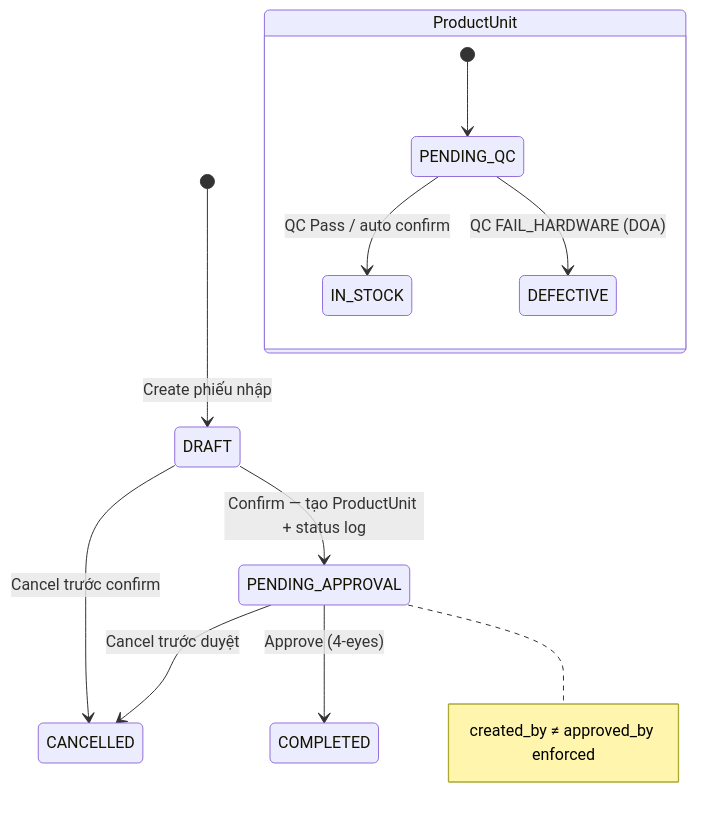
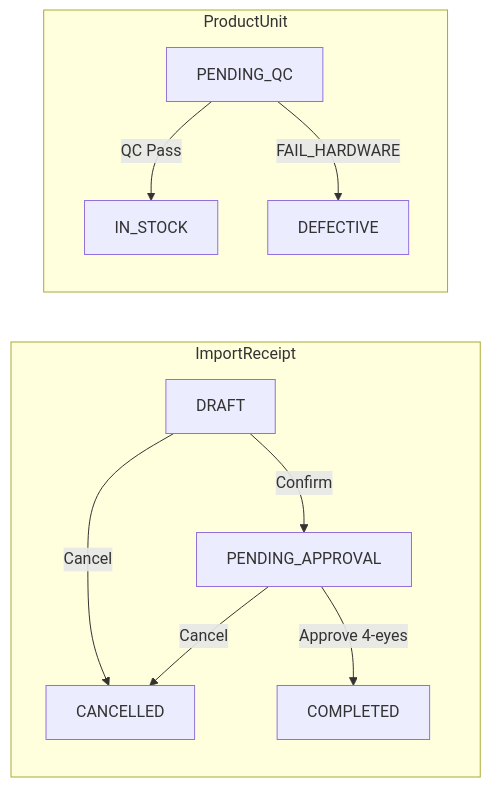
Before and after one commit to Java-Inventory-Management-System/Projects: the first of 2 diagrams in docs/flows/be/01-import-flow.md, drawn with Mermaid. The commit also changed 7 other files, not shown here.

Commit message:
docs: convert BE state machines from stateDiagram-v2 to flowchart LR for clean layout

````diff
--- a/docs/flows/be/01-import-flow.md
+++ b/docs/flows/be/01-import-flow.md
@@ -43,17 +43,14 @@
 ```mermaid
-stateDiagram-v2
-    [*] --> DRAFT : Create phiếu nhập
+flowchart LR
+    subgraph "ImportReceipt"
+        DRAFT -->|Confirm| PENDING_APPROVAL
+        DRAFT -->|Cancel| CANCELLED
+        PENDING_APPROVAL -->|Approve 4-eyes| COMPLETED
+        PENDING_APPROVAL -->|Cancel| CANCELLED
+    end
 
-    DRAFT --> PENDING_APPROVAL : Confirm — tạo ProductUnit + status log
-    DRAFT --> CANCELLED : Cancel trước confirm
-    PENDING_APPROVAL --> COMPLETED : Approve (4-eyes)
-    PENDING_APPROVAL --> CANCELLED : Cancel trước duyệt
-
-    note right of PENDING_APPROVAL : created_by ≠ approved_by enforced
-
-    state "ProductUnit" as PU {
-        [*] --> PENDING_QC
-        PENDING_QC --> IN_STOCK : QC Pass / auto confirm
-        PENDING_QC --> DEFECTIVE : QC FAIL_HARDWARE (DOA)
-    }
+    subgraph "ProductUnit"
+        PQC[PENDING_QC] -->|QC Pass| IN_STOCK
+        PQC -->|FAIL_HARDWARE| DEFECTIVE
+    end
 ```
````
